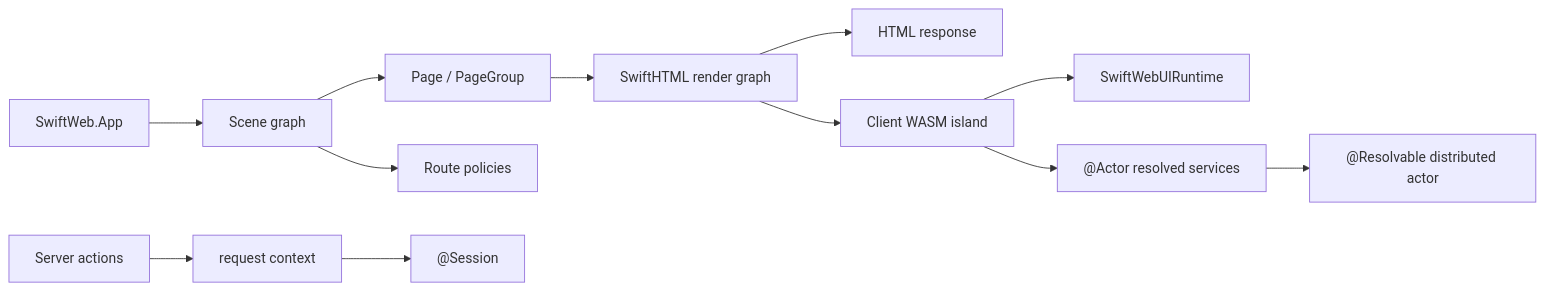
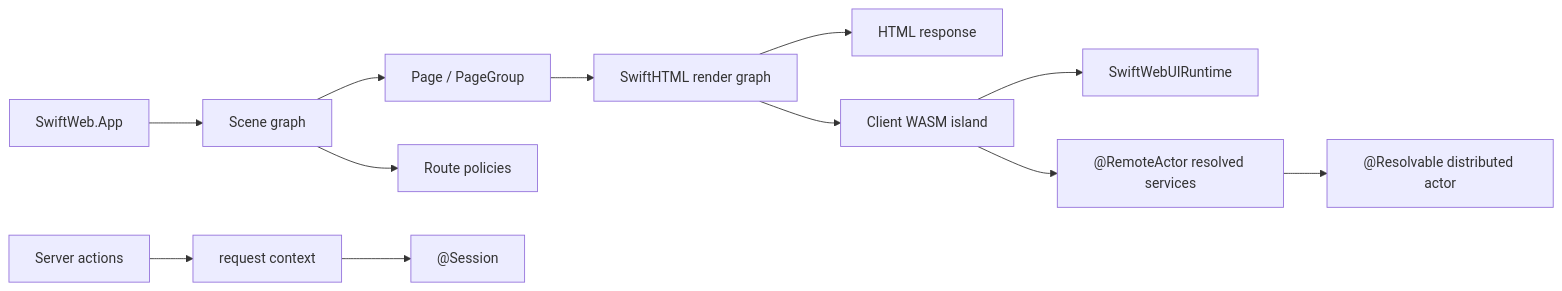
The first of 5 diagrams in README.md (1amageek/swift-web), drawn with Mermaid before and after one commit. The commit also changed other lines of this file and 18 other files, not shown here.

````diff
--- a/README.md
+++ b/README.md
@@ -10,14 +10,14 @@
 ```mermaid
 flowchart LR
   A["SwiftWeb.App"] --> B["Scene graph"]
   B --> C["Page / PageGroup"]
   B --> D["Route policies"]
   C --> E["SwiftHTML render graph"]
   E --> F["HTML response"]
   E --> G["Client WASM island"]
   G --> H["SwiftWebUIRuntime"]
-  G --> L["@Actor resolved services"]
+  G --> L["@RemoteActor resolved services"]
   L --> M["@Resolvable distributed actor"]
   I["Server actions"] --> J["request context"]
   J --> K["@Session"]
 ```
````
